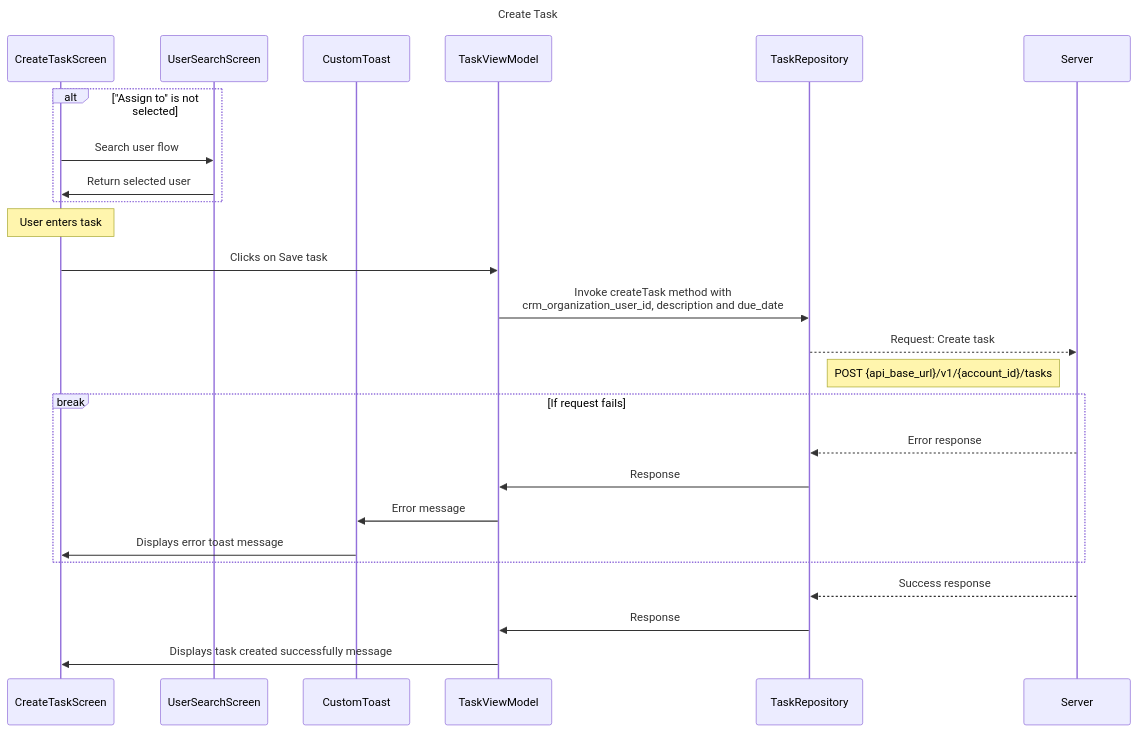
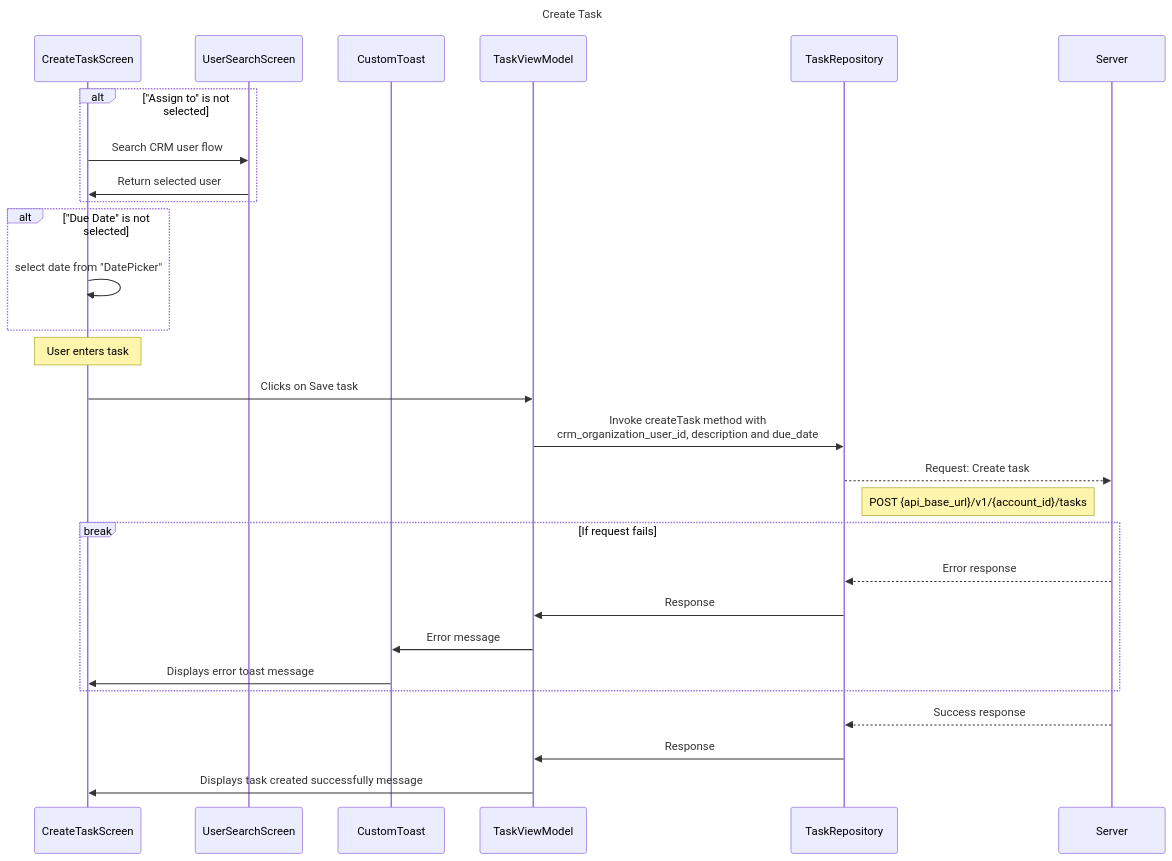
The diagram in flowDiagrams/Android/CreateTaskScreen.mermaid (TrueSparrowSystems/AI-SalesSparrow-Docs), drawn with Mermaid before and after one commit. The commit also changed 4 other files, not shown here.

Commit message:
Updated review changes for andriod app flows

```diff
--- a/flowDiagrams/Android/CreateTaskScreen.mermaid
+++ b/flowDiagrams/Android/CreateTaskScreen.mermaid
@@ -1,32 +1,36 @@
 sequenceDiagram
     title Create Task
 
     participant CTS as CreateTaskScreen
     participant USS as UserSearchScreen
     participant CT as CustomToast
     participant TVM as TaskViewModel
     participant TR as TaskRepository
     participant S as Server
 
     alt  "Assign to" is not selected
-        CTS->>USS: Search user flow
+        CTS->>USS: Search CRM user flow
         USS->>CTS: Return selected user
+    end
+
+    alt  "Due Date" is not selected
+        CTS->>CTS: select date from "DatePicker"
     end
 
     note over CTS: User enters task
 
     CTS->>TVM : Clicks on Save task
     TVM->>TR: Invoke createTask method with<br>crm_organization_user_id, description and due_date
     TR-->>S: Request: Create task
     note right of TR: POST {api_base_url}/v1/{account_id}/tasks
 
     break If request fails
         S-->>TR: Error response
         TR->>TVM: Response
         TVM->>CT: Error message
         CT->>CTS: Displays error toast message
     end
     
     S-->>TR: Success response
     TR->>TVM: Response
     TVM->>CTS: Displays task created successfully message
```
